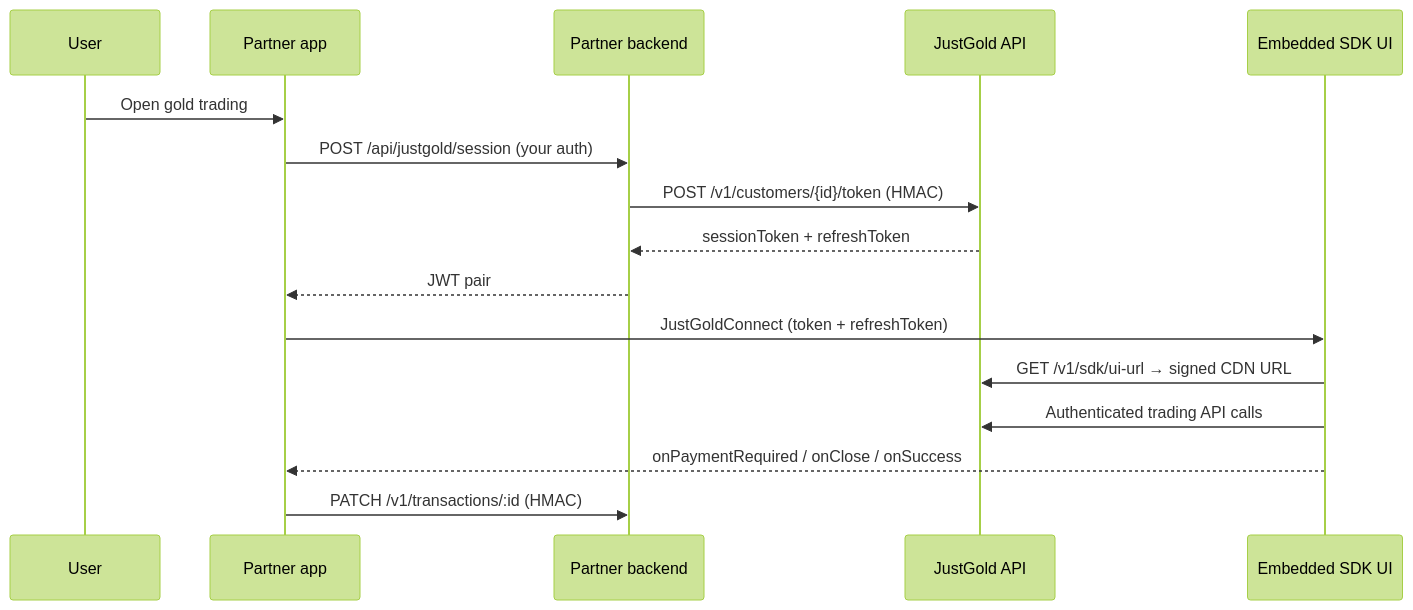
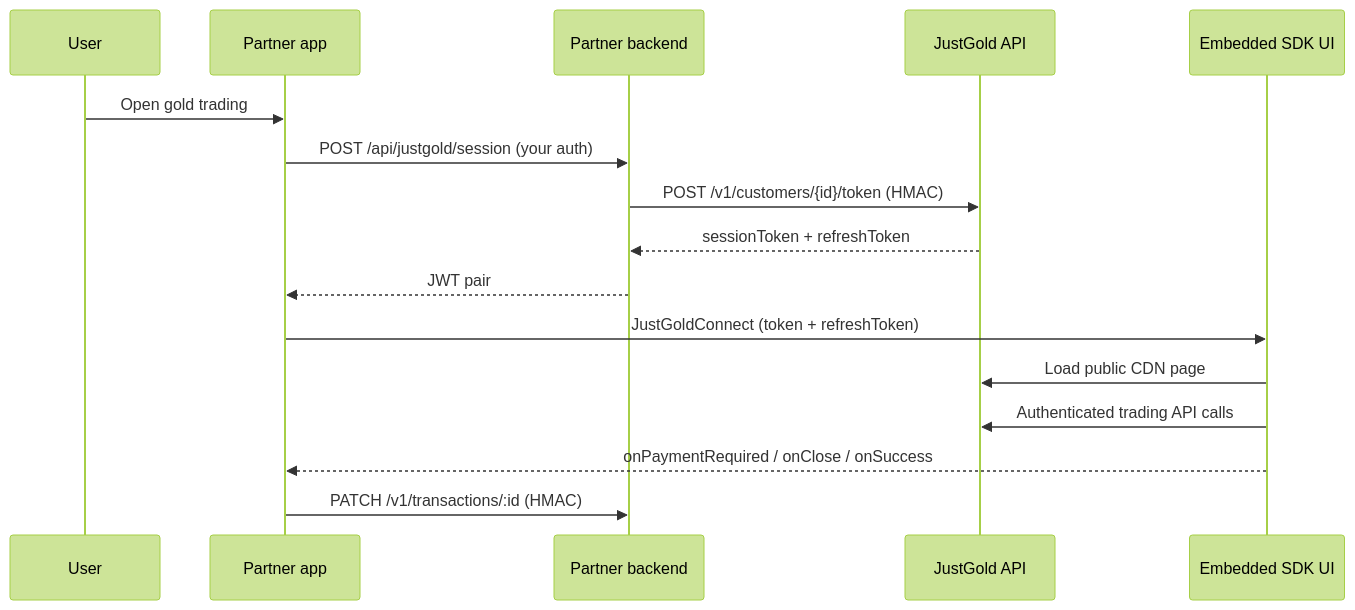
Before and after one commit to Just-Gold-JG/docs: the diagram in sdk/quickstart.md, drawn with Mermaid (forest theme). The commit also changed other lines of this file and 9 other files, not shown here.

First line of the commit message:
Document the public SDK CDN and the current partner API hosts.

````diff
--- a/sdk/quickstart.md
+++ b/sdk/quickstart.md
@@ -24,19 +24,19 @@
 ```mermaid
 sequenceDiagram
   participant User
   participant App as Partner app
   participant Backend as Partner backend
   participant JG as JustGold API
   participant UI as Embedded SDK UI
 
   User->>App: Open gold trading
   App->>Backend: POST /api/justgold/session (your auth)
   Backend->>JG: POST /v1/customers/{id}/token (HMAC)
   JG-->>Backend: sessionToken + refreshToken
   Backend-->>App: JWT pair
   App->>UI: JustGoldConnect (token + refreshToken)
-  UI->>JG: GET /v1/sdk/ui-url → signed CDN URL
+  UI->>JG: Load public CDN page
   UI->>JG: Authenticated trading API calls
   UI-->>App: onPaymentRequired / onClose / onSuccess
   App->>Backend: PATCH /v1/transactions/:id (HMAC)
 ```
````
